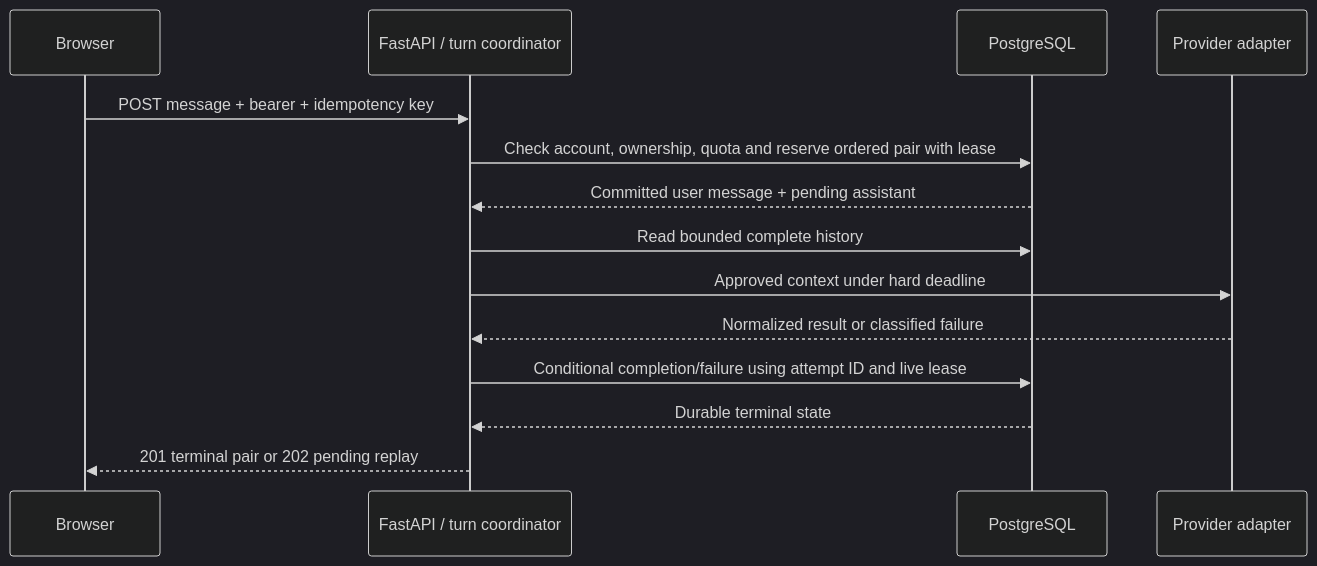
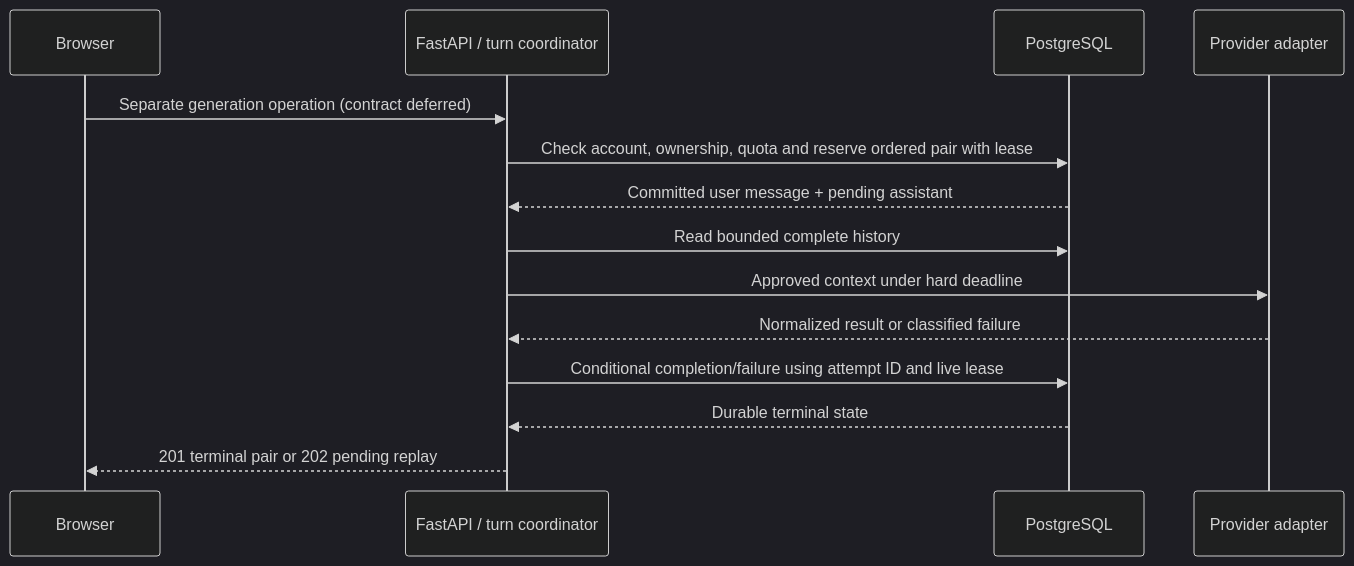
The third of 5 diagrams in docs/ARCHITECTURE.md (Abdalla-Wasaa/Production-Grade-County-Government-AI-Assistant), drawn with Mermaid (dark theme) before and after one commit. The commit also changed other lines of this file and 4 other files, not shown here.

Commit message:
docs(api): separate user-message persistence from generation

````diff
--- a/docs/ARCHITECTURE.md
+++ b/docs/ARCHITECTURE.md
@@ -93,16 +93,16 @@
 ```mermaid
 sequenceDiagram
     participant UI as Browser
     participant API as FastAPI / turn coordinator
     participant DB as PostgreSQL
     participant LLM as Provider adapter
-    UI->>API: POST message + bearer + idempotency key
+    UI->>API: Separate generation operation (contract deferred)
     API->>DB: Check account, ownership, quota and reserve ordered pair with lease
     DB-->>API: Committed user message + pending assistant
     API->>DB: Read bounded complete history
     API->>LLM: Approved context under hard deadline
     LLM-->>API: Normalized result or classified failure
     API->>DB: Conditional completion/failure using attempt ID and live lease
     DB-->>API: Durable terminal state
     API-->>UI: 201 terminal pair or 202 pending replay
 ```
````
